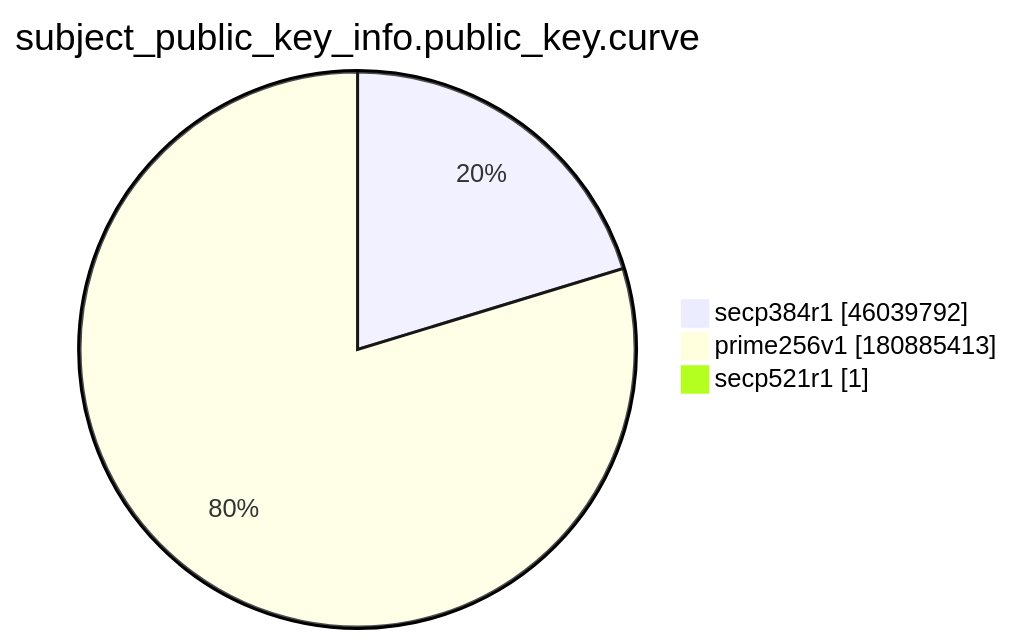
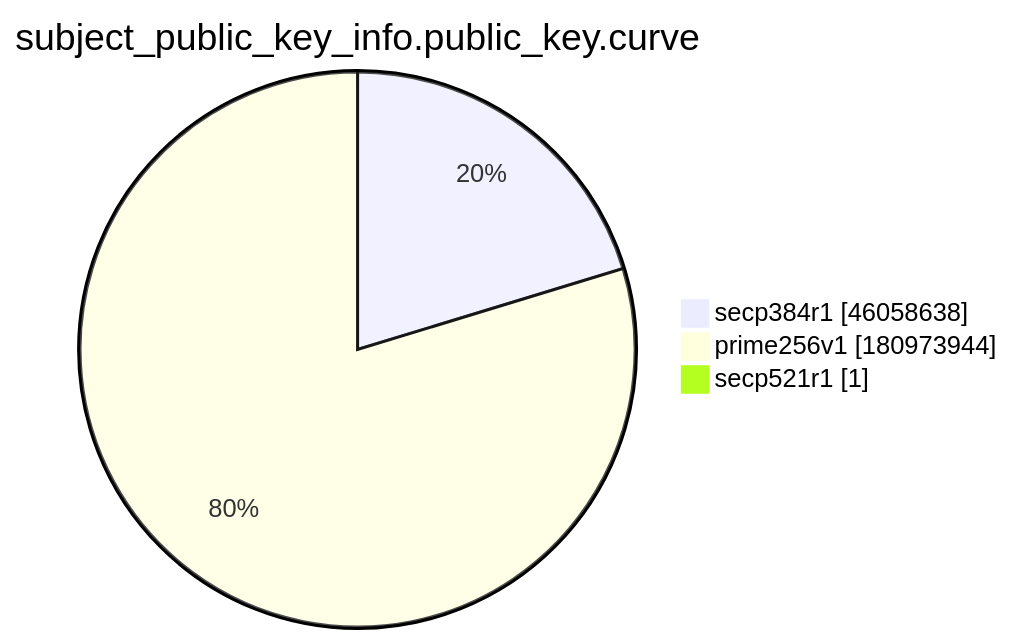
The ninth of 15 diagrams in xenon2022/README.md (christiankrug/ctmonitor_visualization), drawn with Mermaid before and after one commit. The commit also changed other lines of this file, not shown here.

````diff
--- a/xenon2022/README.md
+++ b/xenon2022/README.md
@@ -2874,7 +2874,7 @@
 ```mermaid
 pie showData
 title subject_public_key_info.public_key.curve
-"secp384r1" :46039792
-"prime256v1" :180885413
+"secp384r1" :46058638
+"prime256v1" :180973944
 "secp521r1" :1
 ```
````
